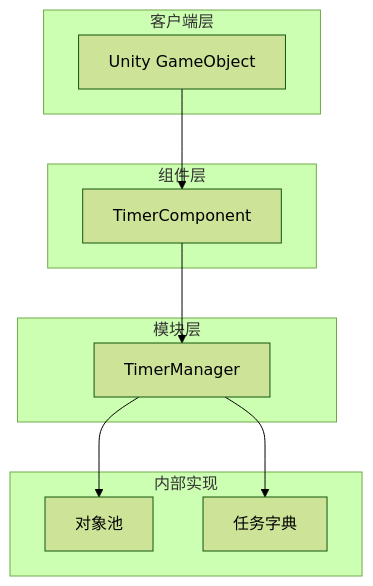
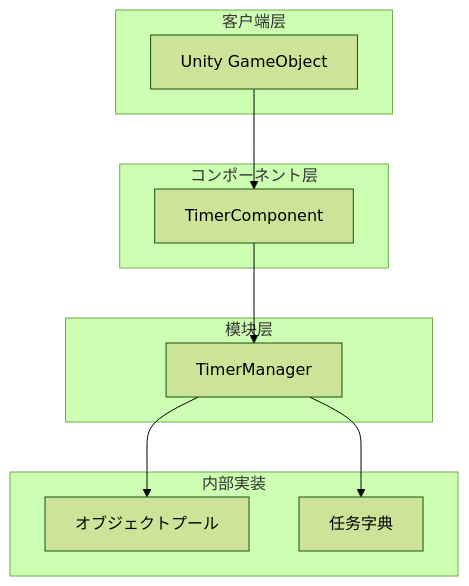
Before and after one commit to AlianBlank/GameFrameX.Docs: the diagram in docs/ja/client/unity/component/timer/03.getting-started.md, drawn with Mermaid (forest theme). The commit also changed other lines of this file and 603 other files, not shown here.

````diff
--- a/docs/ja/client/unity/component/timer/03.getting-started.md
+++ b/docs/ja/client/unity/component/timer/03.getting-started.md
@@ -20,24 +20,24 @@
 ```mermaid
 flowchart TD
     subgraph Client["客户端层"]
         GameObject[Unity GameObject]
     end
 
-    subgraph Component["组件层"]
+    subgraph Component["コンポーネント层"]
         TC[TimerComponent]
     end
 
     subgraph Module["模块层"]
         TM[TimerManager]
     end
 
-    subgraph Internal["内部实现"]
-        Pool[对象池]
+    subgraph Internal["内部実装"]
+        Pool[オブジェクトプール]
         Dict[任务字典]
     end
 
     GameObject --> TC
     TC --> TM
     TM --> Pool
     TM --> Dict
 ```
````
